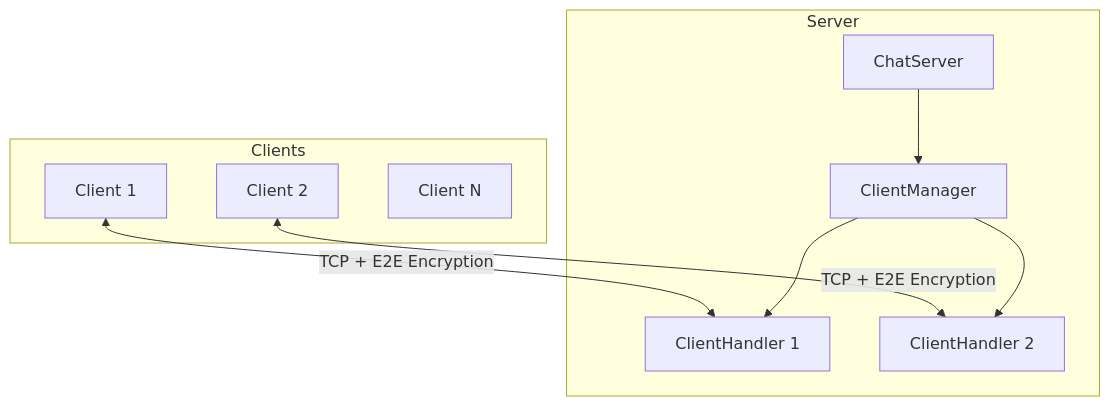
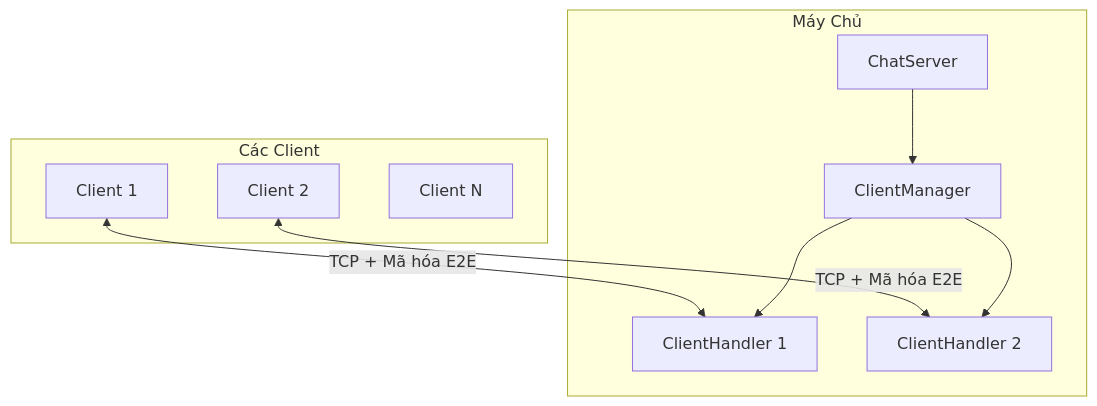
One commit to QuocVinhTrinhLam/SecureChat-System changed the first of 6 diagrams in docs/ARCHITECTURE.md. Above: the diagram before and after it, drawn with Mermaid. The commit also changed other lines of this file and 2 other files, not shown here.

````diff
--- a/docs/ARCHITECTURE.md
+++ b/docs/ARCHITECTURE.md
@@ -5,21 +5,21 @@
 ```mermaid
 graph TB
-    subgraph Clients
+    subgraph Clients[Các Client]
         C1[Client 1]
         C2[Client 2]
         C3[Client N]
     end
     
-    subgraph Server
+    subgraph Server[Máy Chủ]
         CS[ChatServer]
         CM[ClientManager]
         CH1[ClientHandler 1]
         CH2[ClientHandler 2]
     end
     
-    C1 <-->|TCP + E2E Encryption| CH1
-    C2 <-->|TCP + E2E Encryption| CH2
+    C1 <-->|TCP + Mã hóa E2E| CH1
+    C2 <-->|TCP + Mã hóa E2E| CH2
     CS --> CM
     CM --> CH1
     CM --> CH2
 ```
````
